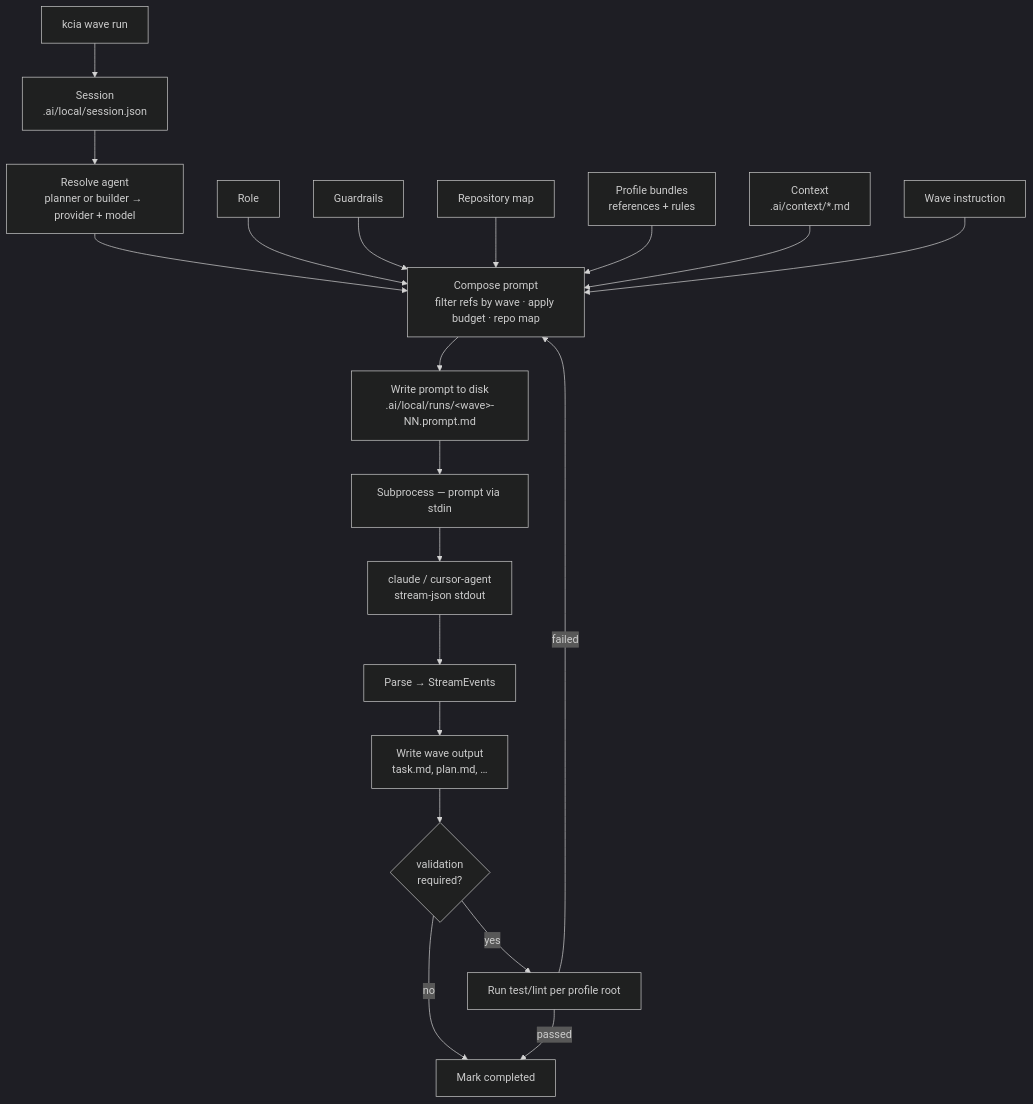
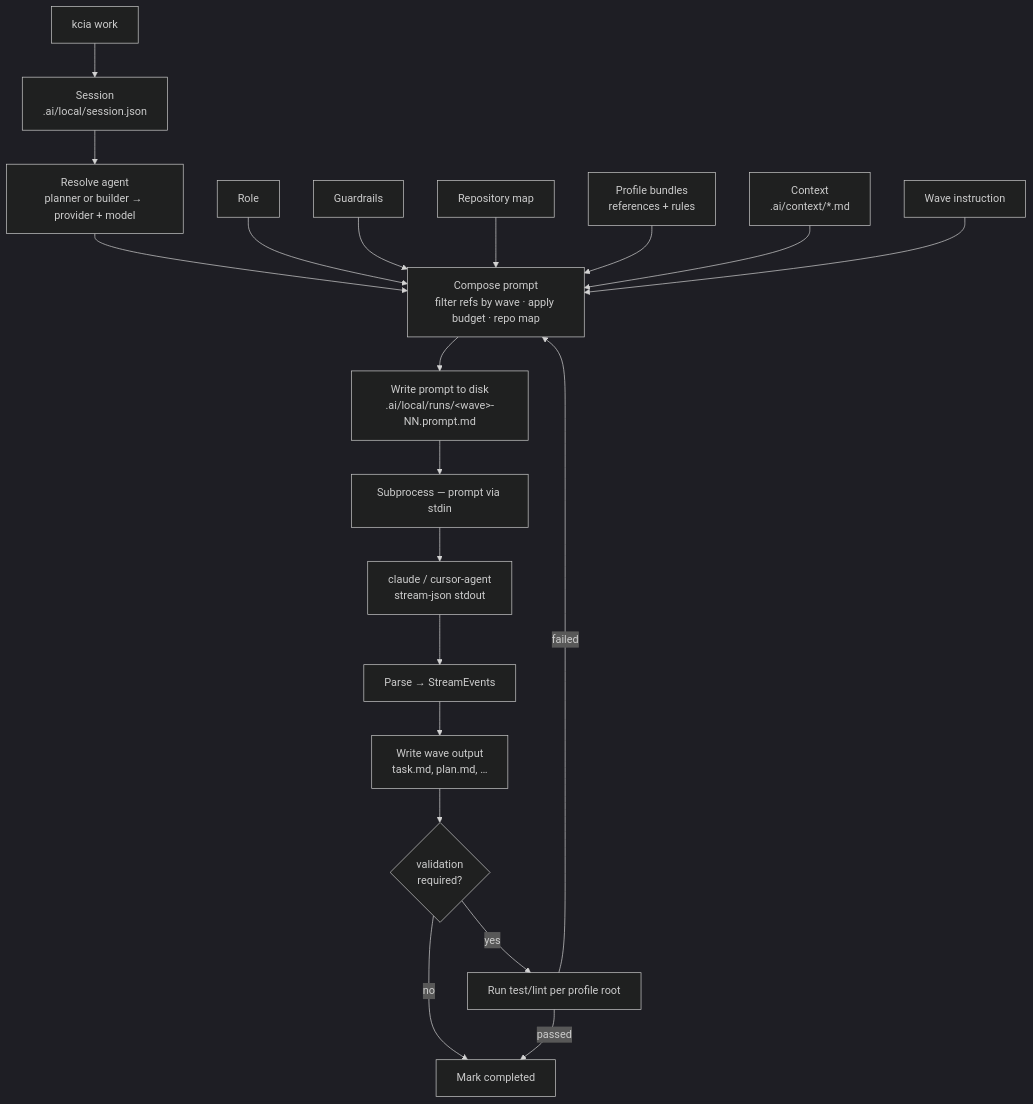
Before and after one commit to rendondeveloper/kcia: the diagram in README.md, drawn with Mermaid (dark theme). The commit also changed other lines of this file and 19 other files, not shown here.

First line of the commit message:
Merge `kcia task` and `kcia wave` into `kcia work` as the single pipeline entry point.

````diff
--- a/README.md
+++ b/README.md
@@ -900,22 +900,22 @@
 ```mermaid
 flowchart TD
-    A["kcia wave run"] --> B["Session<br/>.ai/local/session.json"]
+    A["kcia work"] --> B["Session<br/>.ai/local/session.json"]
     B --> C["Resolve agent<br/>planner or builder → provider + model"]
     C --> D["Compose prompt<br/>filter refs by wave · apply budget · repo map"]
     R["Role"] --> D
     G["Guardrails"] --> D
     M["Repository map"] --> D
     P["Profile bundles<br/>references + rules"] --> D
     X["Context<br/>.ai/context/*.md"] --> D
     T["Wave instruction"] --> D
     D --> E["Write prompt to disk<br/>.ai/local/runs/&lt;wave&gt;-NN.prompt.md"]
     E --> F["Subprocess — prompt via stdin"]
     F --> H["claude / cursor-agent<br/>stream-json stdout"]
     H --> I["Parse → StreamEvents"]
     I --> J["Write wave output<br/>task.md, plan.md, …"]
     J --> K{"validation<br/>required?"}
     K -->|yes| L["Run test/lint per profile root"]
     K -->|no| N["Mark completed"]
     L -->|failed| D
     L -->|passed| N
 ```
````
